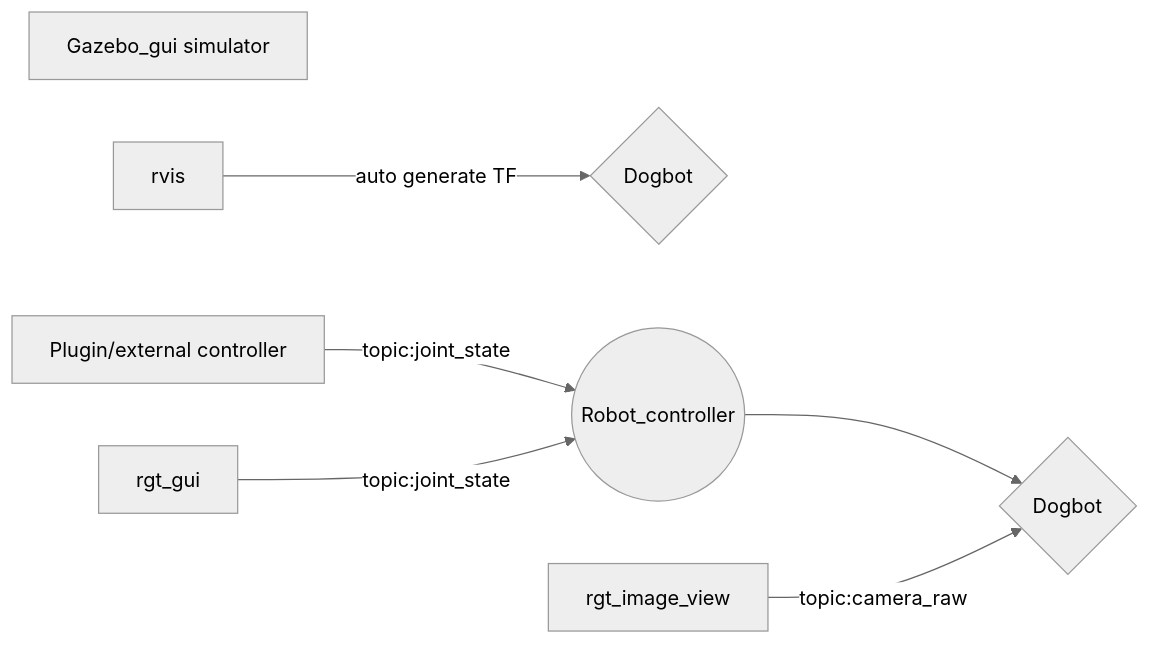
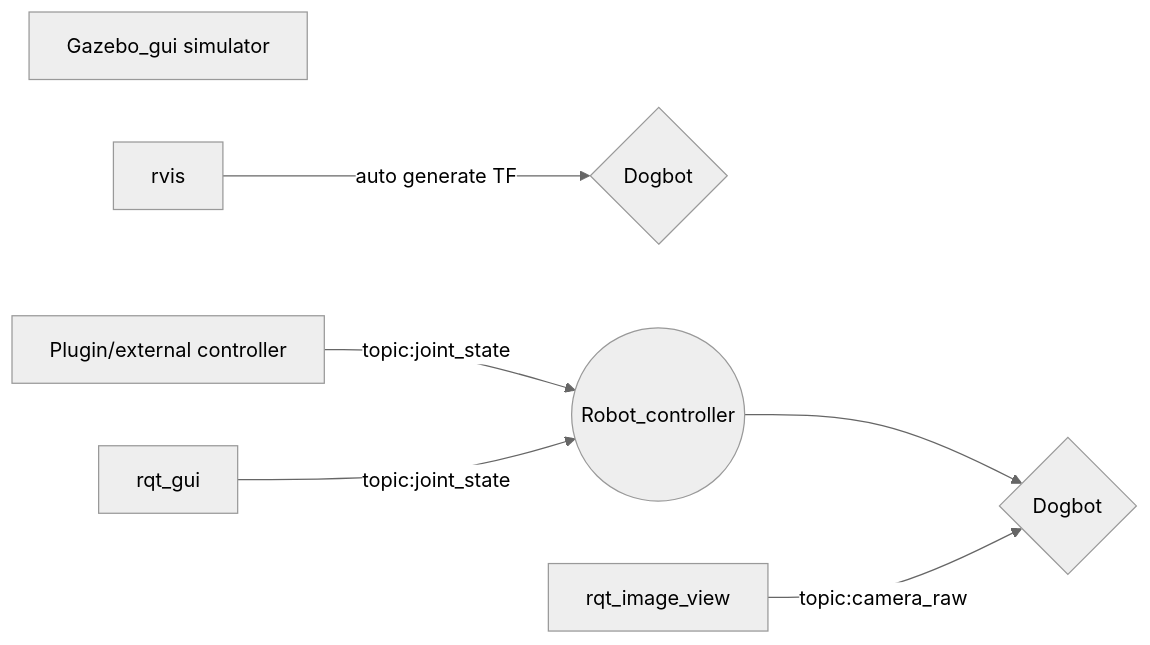
One commit to bsyh/dogbot_ros changed the diagram in README.md. Above: the diagram before and after it, drawn with Mermaid (neutral theme).

````diff
--- a/README.md
+++ b/README.md
@@ -46,10 +46,10 @@
 ```mermaid
 graph LR
 Z[Gazebo_gui simulator]
 
 R[rvis] --auto generate TF--> V{Dogbot}
 
 X[Plugin/external controller] --  topic:joint_state --> B
-H[rgt_gui] -- topic:joint_state -->B((Robot_controller)) -->F{Dogbot}
-A[rgt_image_view] -- topic:camera_raw --> F
+H[rqt_gui] -- topic:joint_state -->B((Robot_controller)) -->F{Dogbot}
+A[rqt_image_view] -- topic:camera_raw --> F
 ```
````
